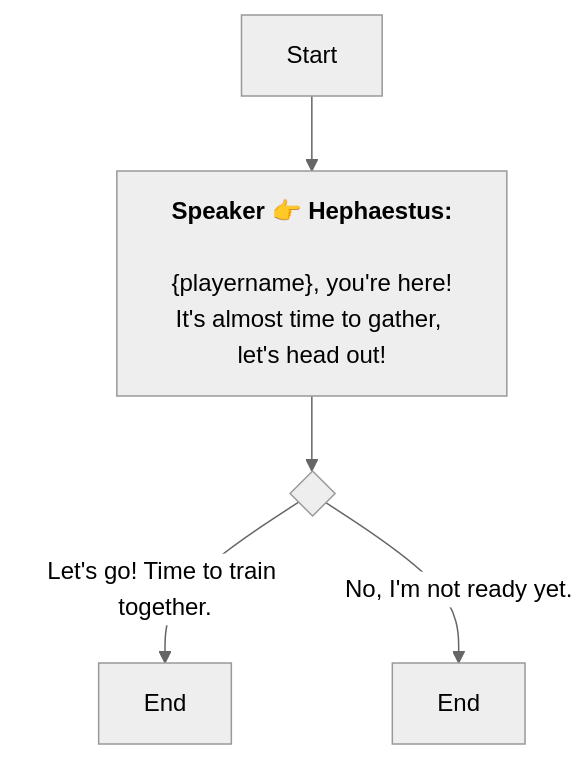
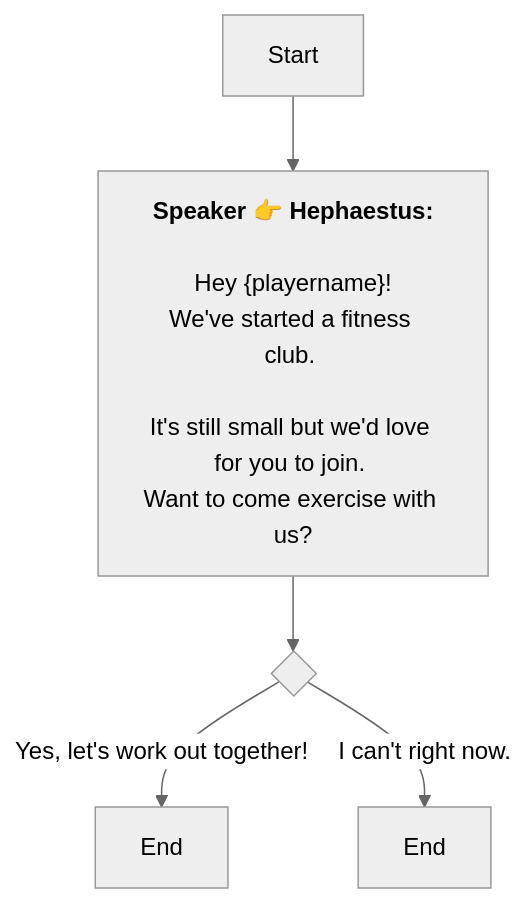
One commit to SoftHu/tos_avg changed the diagram in En/QuestTalkObjectiveNode_1751363785150787.md. Above: the diagram before and after it, drawn with Mermaid (neutral theme). The commit also changed 312 other files, not shown here.

````diff
--- a/En/QuestTalkObjectiveNode_1751363785150787.md
+++ b/En/QuestTalkObjectiveNode_1751363785150787.md
@@ -1,11 +1,15 @@
 ```mermaid
 graph
 Start -->1751364245965079[<b>Speaker 👉 Hephaestus:</b>
 
-&lbrace;playername&rbrace;, you're here!
-It's almost time to gather, let's head out!]
+Hey &lbrace;playername&rbrace;!
+We've started a fitness club. 
+
+It's still small but we'd love for you to join. 
+Want to come exercise with us? 
+]
 1751364245965079 -->1751364424629528{ }
-1751364424629528 -->|Let's go! Time to train together.|1751364449697053[End]
-1751364424629528 -->|No, I'm not ready yet.|1751364455005470[End]
+1751364424629528 -->|Yes, let's work out together! |1751364449697053[End]
+1751364424629528 -->|I can't right now.  |1751364455005470[End]
 
  ```
````
